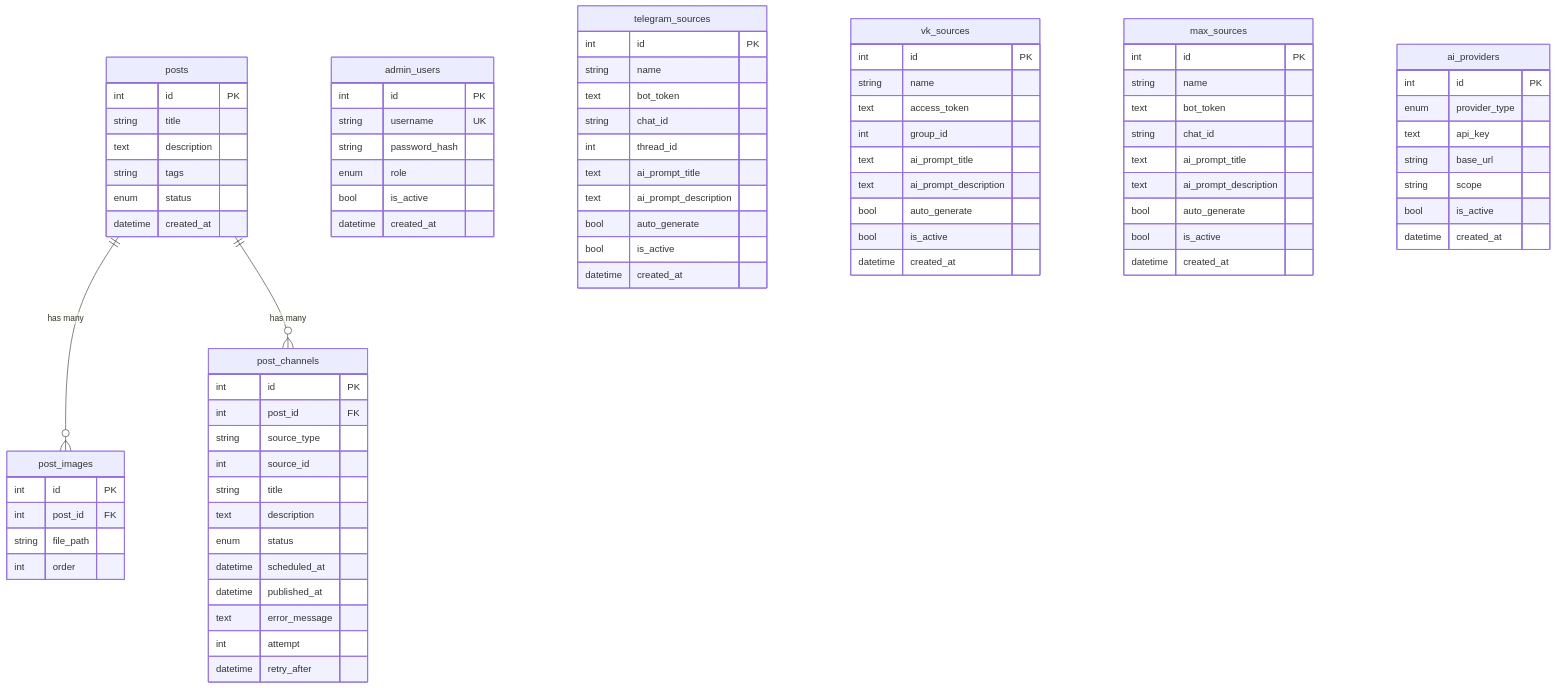
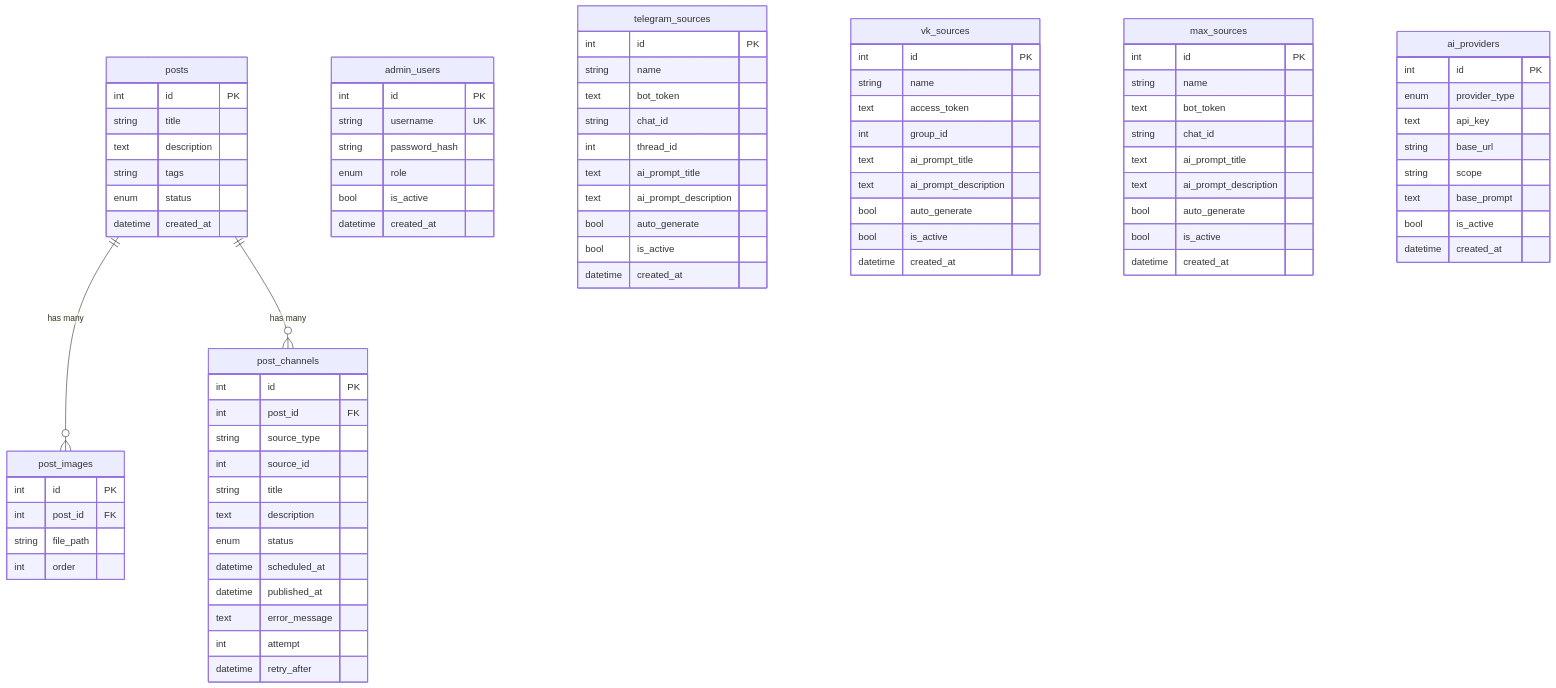
One commit to prog-time/postery changed the diagram in rules/database/schema.md. Above: the diagram before and after it, drawn with Mermaid. The commit also changed other lines of this file and 7 other files, not shown here.

First line of the commit message:
добавил базовый промпт для AI-генерации (поле base_prompt на AIProvider)

```diff
--- a/rules/database/schema.md
+++ b/rules/database/schema.md
@@ -109,6 +109,7 @@
         text api_key
         string base_url
         string scope
+        text base_prompt
         bool is_active
         datetime created_at
     }
```
